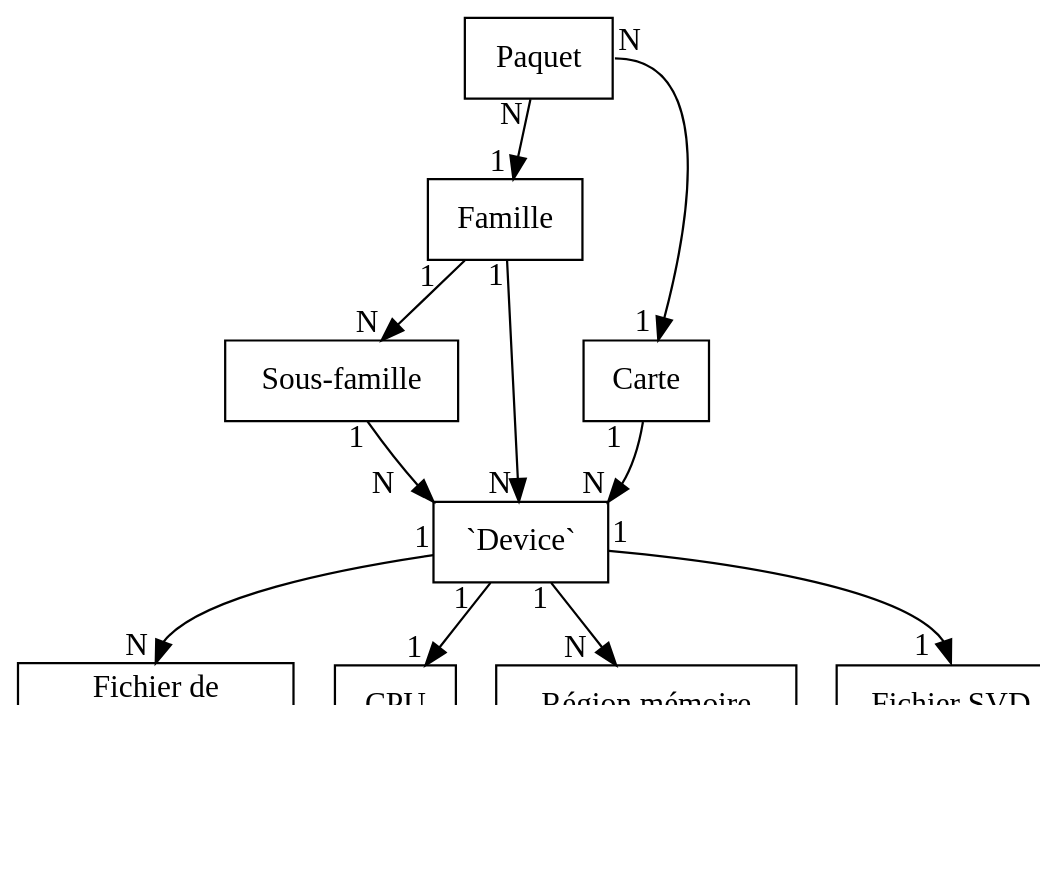
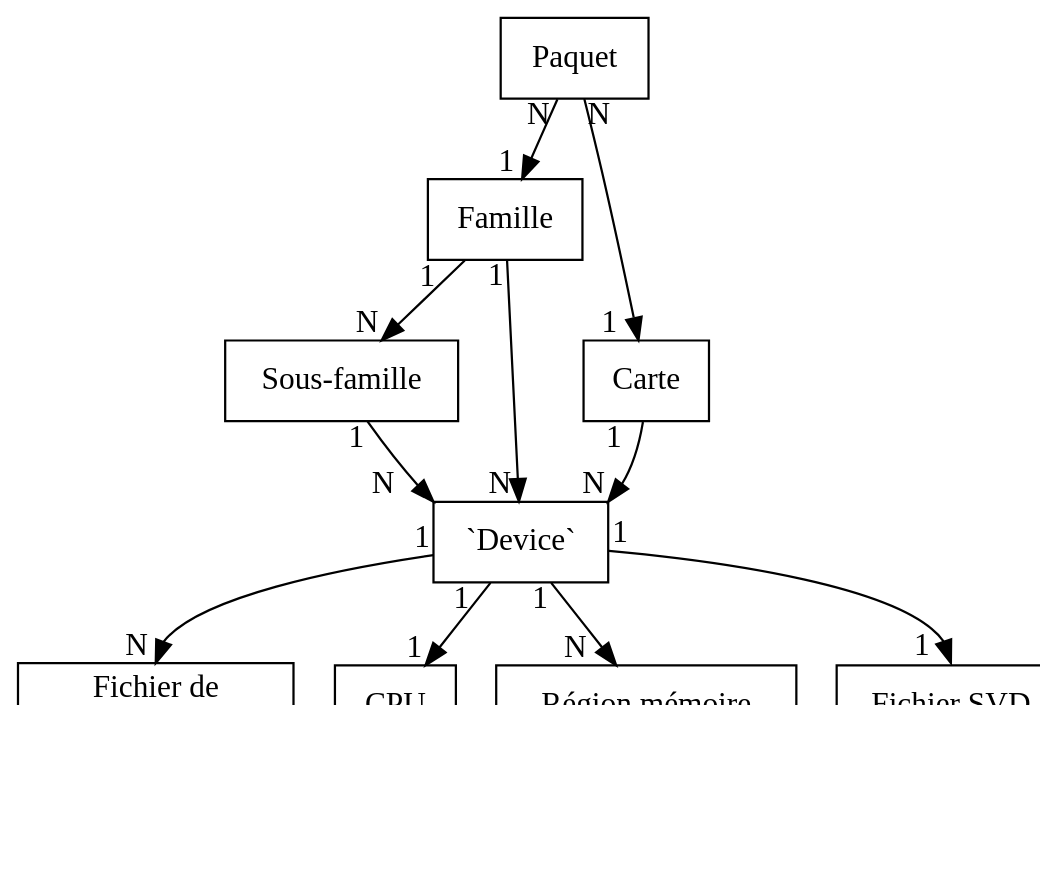
Before and after one commit to ashleygay/rapport_stage: the diagram in database.dot, drawn with Graphviz. The commit also changed 2 other files, not shown here.

```diff
--- a/database.dot
+++ b/database.dot
@@ -1,41 +1,41 @@
 digraph Plan {
 
 	graph [dpi = 100];
 	node [shape = box];
 
 	package [label = "Paquet"]
 	family [label = "Famille"]
 	subfamily [label = "Sous-famille"]
 	device [label = "`Device`"]
 	board [label = "Carte"]
 	documentation [label = "Fichier de\ndocumentation"]
 
 	cpu [label = "CPU"]
 	memory [label = "Région mémoire"]
 	interrupt [label = "Interruption"]
 	svd [label = "Fichier SVD"]
 
-	package -> board [headlabel = "1 ", taillabel = "N", tailport = "e"]
+	package -> board [headlabel = "1  ", taillabel = "N"]
 	
 	board -> device [headlabel = "N", taillabel = "1  ", headport = "ne"]
 
 	package -> family [headlabel = "1 ", taillabel = "N "]
 
 	family -> device [headlabel = "N ", taillabel = "1"]
 	
 	family -> subfamily [headlabel = "N", taillabel = "1   "]
 
 	subfamily -> device [headlabel ="N    ", taillabel = "1", headport = "nw"]
 
 	device -> cpu [headlabel = "1", taillabel = "1  "]
 
 	device -> memory [headlabel = "N   ", taillabel = "1"]
 
 	device -> svd [headlabel = "1  ", taillabel = "1", headport = "n"]
 
 	device -> documentation [headlabel = "N ", taillabel = "1", headport = "n"]
 
 	svd -> interrupt [headlabel = "N  ", taillabel = "1"]
 
 	//{rank = same; device; svd}
 }
```
